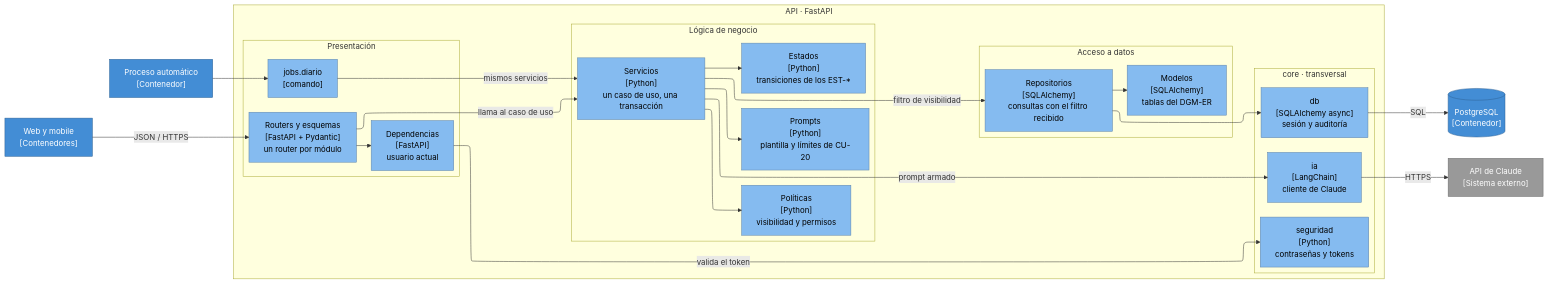
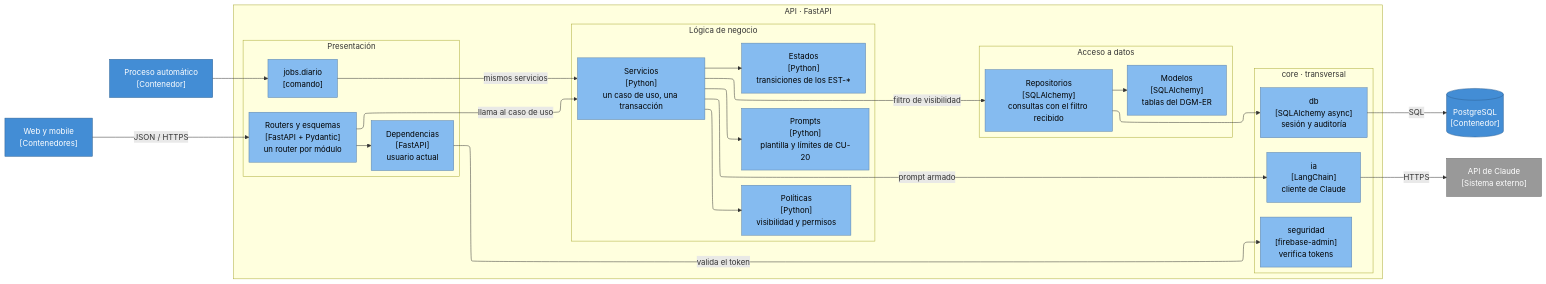
The seventh of 7 diagrams in 05-Diseño/Arquitectura/ARQ — Vista general.md (FranLuciano04/Vault-Rumbo), drawn with Mermaid before and after one commit. The commit also changed other lines of this file and 15 other files, not shown here.

````diff
--- a/05-Diseño/Arquitectura/ARQ — Vista general.md
+++ b/05-Diseño/Arquitectura/ARQ — Vista general.md
@@ -348,55 +359,55 @@
 ```mermaid
 %%{init: {"flowchart": {"defaultRenderer": "elk"}} }%%
 flowchart LR
     Clientes["Web y mobile<br/>[Contenedores]"]
     Sched["Proceso automático<br/>[Contenedor]"]
 
     subgraph API["API · FastAPI"]
       subgraph Pres["Presentación"]
         Routers["Routers y esquemas<br/>[FastAPI + Pydantic]<br/>un router por módulo"]
         Deps["Dependencias<br/>[FastAPI]<br/>usuario actual"]
         Jobs["jobs.diario<br/>[comando]"]
       end
       subgraph Neg["Lógica de negocio"]
         Serv["Servicios<br/>[Python]<br/>un caso de uso, una transacción"]
         Est["Estados<br/>[Python]<br/>transiciones de los EST-*"]
         Pol["Políticas<br/>[Python]<br/>visibilidad y permisos"]
         Prompts["Prompts<br/>[Python]<br/>plantilla y límites de CU-20"]
       end
       subgraph Dat["Acceso a datos"]
         Repos["Repositorios<br/>[SQLAlchemy]<br/>consultas con el filtro recibido"]
         Modelos["Modelos<br/>[SQLAlchemy]<br/>tablas del DGM-ER"]
       end
       subgraph Core["core · transversal"]
-        Seg["seguridad<br/>[Python]<br/>contraseñas y tokens"]
+        Seg["seguridad<br/>[firebase-admin]<br/>verifica tokens"]
         Db["db<br/>[SQLAlchemy async]<br/>sesión y auditoría"]
         IA["ia<br/>[LangChain]<br/>cliente de Claude"]
       end
     end
 
     DB[("PostgreSQL<br/>[Contenedor]")]
     Claude["API de Claude<br/>[Sistema externo]"]
 
     Clientes -->|"JSON / HTTPS"| Routers
     Routers --> Deps
     Deps -->|"valida el token"| Seg
     Routers -->|"llama al caso de uso"| Serv
     Sched --> Jobs
     Jobs -->|"mismos servicios"| Serv
     Serv --> Pol
     Serv --> Est
     Serv -->|"filtro de visibilidad"| Repos
     Serv --> Prompts
     Serv -->|"prompt armado"| IA
     Repos --> Modelos
     Repos --> Db
     Db -->|"SQL"| DB
     IA -->|"HTTPS"| Claude
 
     classDef contenedor fill:#438dd5,stroke:#2e6295,color:#ffffff
     classDef componente fill:#85bbf0,stroke:#5d82a8,color:#000000
     classDef externo fill:#999999,stroke:#6b6b6b,color:#ffffff
     class Clientes,Sched,DB contenedor
     class Routers,Deps,Jobs,Serv,Est,Pol,Prompts,Repos,Modelos,Seg,Db,IA componente
     class Claude externo
 ```
````
